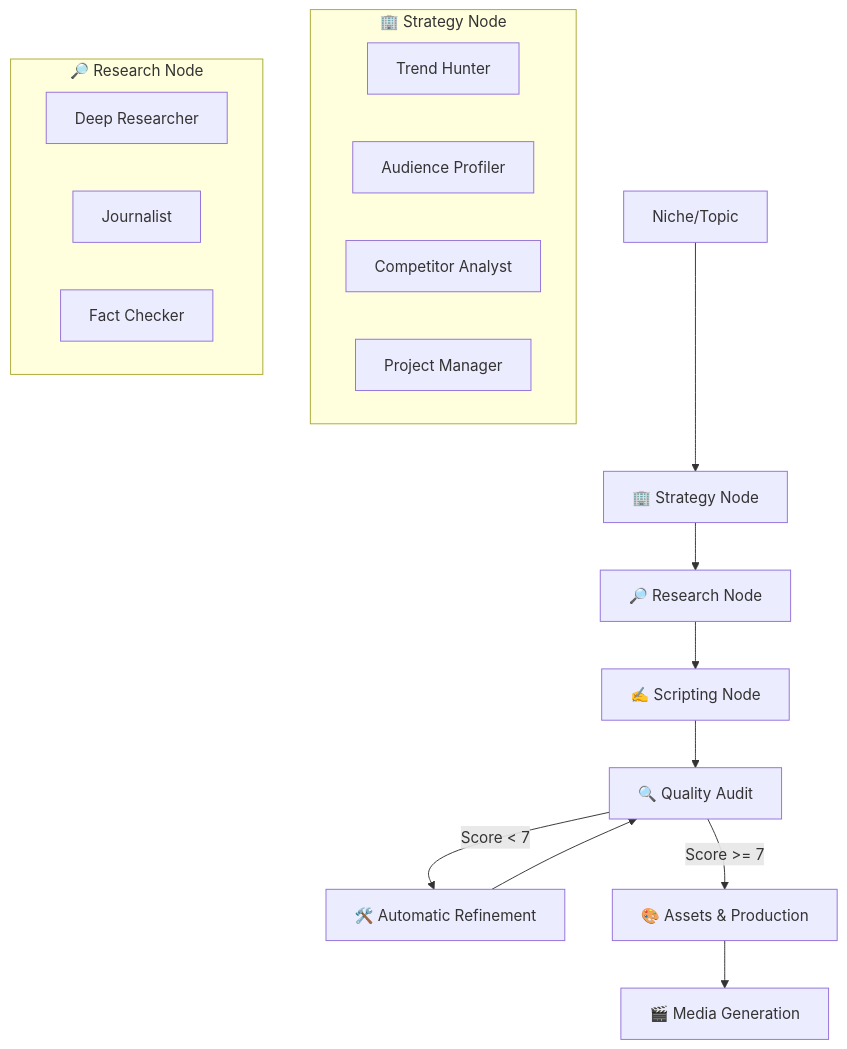
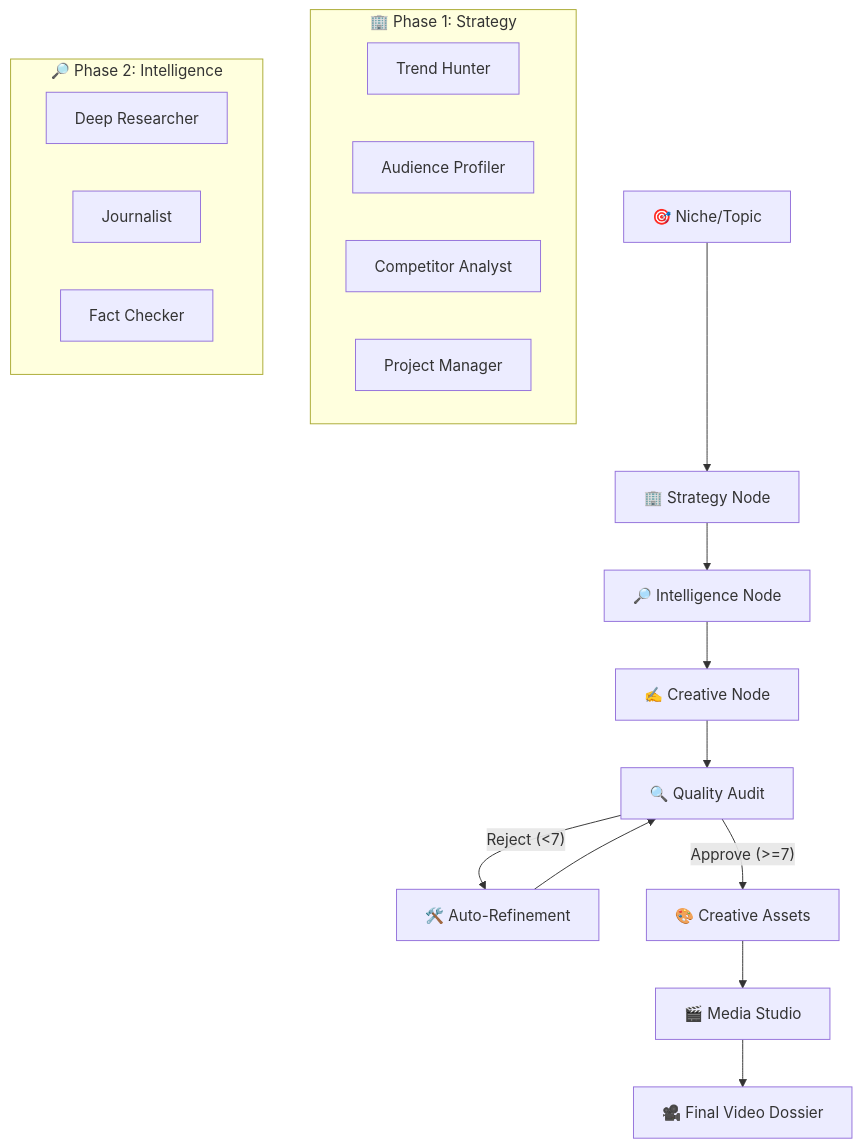
The diagram in README.md (monrroyag/Neural-Swarm-2.0-Youtube-Gemini), drawn with Mermaid before and after one commit. The commit also changed other lines of this file, not shown here.

````diff
--- a/README.md
+++ b/README.md
@@ -15,24 +21,25 @@
 ```mermaid
 graph TD
-    A[Niche/Topic] --> B[🏢 Strategy Node]
-    B --> C[🔎 Research Node]
-    C --> D[✍️ Scripting Node]
+    A[🎯 Niche/Topic] --> B[🏢 Strategy Node]
+    B --> C[🔎 Intelligence Node]
+    C --> D[✍️ Creative Node]
     D --> E[🔍 Quality Audit]
-    E -- "Score < 7" --> F[🛠️ Automatic Refinement]
+    E -- "Reject (<7)" --> F[🛠️ Auto-Refinement]
     F --> E
-    E -- "Score >= 7" --> G[🎨 Assets & Production]
-    G --> H[🎬 Media Generation]
+    E -- "Approve (>=7)" --> G[🎨 Creative Assets]
+    G --> H[🎬 Media Studio]
+    H --> I[🎥 Final Video Dossier]
 
-    subgraph "🏢 Strategy Node"
+    subgraph "🏢 Phase 1: Strategy"
     B1[Trend Hunter]
     B2[Audience Profiler]
     B3[Competitor Analyst]
     B4[Project Manager]
     end
 
-    subgraph "🔎 Research Node"
+    subgraph "🔎 Phase 2: Intelligence"
     C1[Deep Researcher]
     C2[Journalist]
     C3[Fact Checker]
     end
 ```
````
